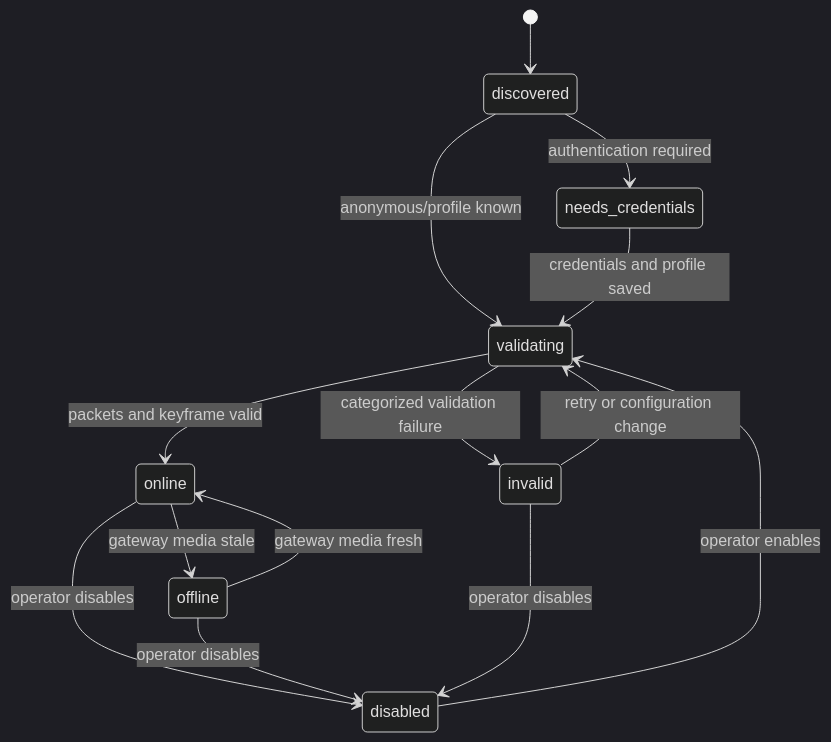
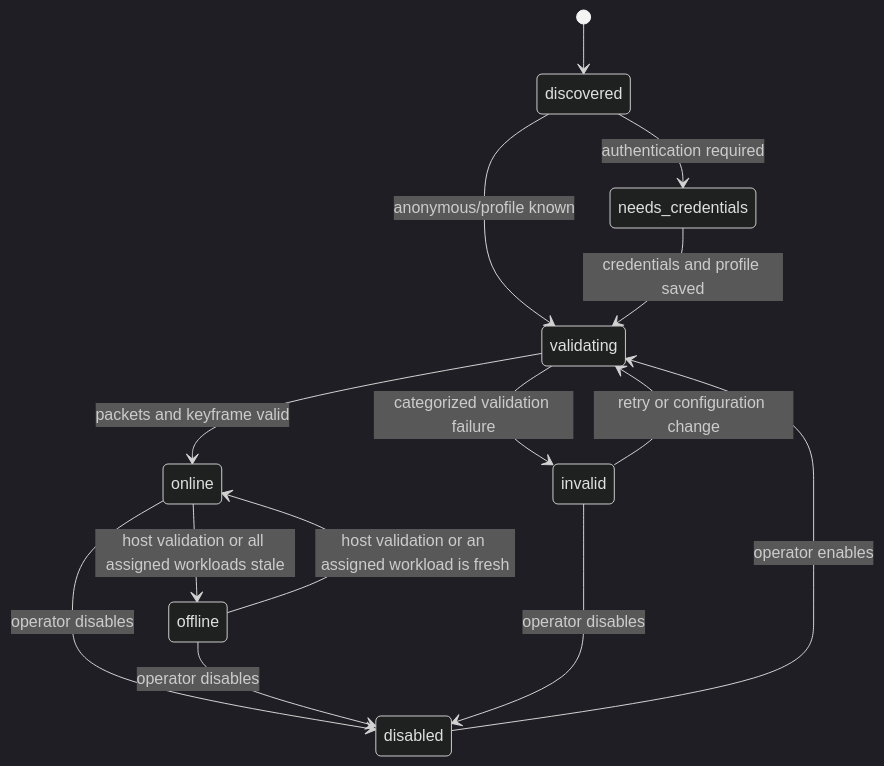
One commit to sayandip-apexflo/tvt-prototype changed the second of 4 diagrams in LLD_PLAN.md. Above: the diagram before and after it, drawn with Mermaid (dark theme). The commit also changed other lines of this file and 42 other files, not shown here.

````diff
--- a/LLD_PLAN.md
+++ b/LLD_PLAN.md
@@ -367,16 +370,16 @@
 ```mermaid
 stateDiagram-v2
     [*] --> discovered
     discovered --> needs_credentials: authentication required
     discovered --> validating: anonymous/profile known
     needs_credentials --> validating: credentials and profile saved
     validating --> online: packets and keyframe valid
     validating --> invalid: categorized validation failure
     invalid --> validating: retry or configuration change
-    online --> offline: gateway media stale
-    offline --> online: gateway media fresh
+    online --> offline: host validation or all assigned workloads stale
+    offline --> online: host validation or an assigned workload is fresh
     online --> disabled: operator disables
     offline --> disabled: operator disables
     invalid --> disabled: operator disables
     disabled --> validating: operator enables
 ```
````
